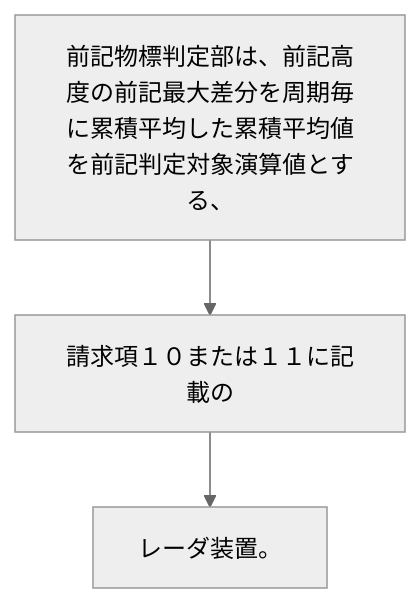
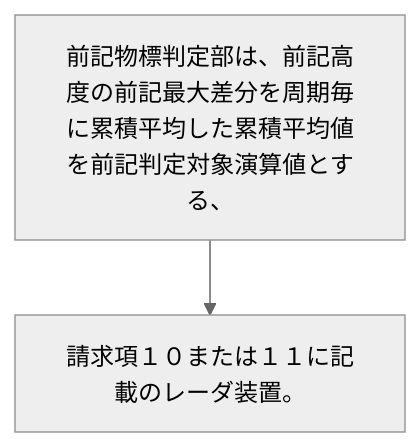
Before and after one commit to shinmori55/patent_analyzed: the diagram in 2024/JP2024021637A/claim_14/README.md, drawn with Mermaid (neutral theme). The commit also changed 336 other files, not shown here.

````diff
--- a/2024/JP2024021637A/claim_14/README.md
+++ b/2024/JP2024021637A/claim_14/README.md
@@ -3,8 +3,6 @@
 ```mermaid
 flowchart TD
 A[前記物標判定部は、前記高度の前記最大差分を周期毎に累積平均した累積平均値を前記判定対象演算値とする、]
-B[請求項１０または１１に記載の]
-C[レーダ装置。]
+B[請求項１０または１１に記載のレーダ装置。]
 A --> B
-B --> C
 ```
````
